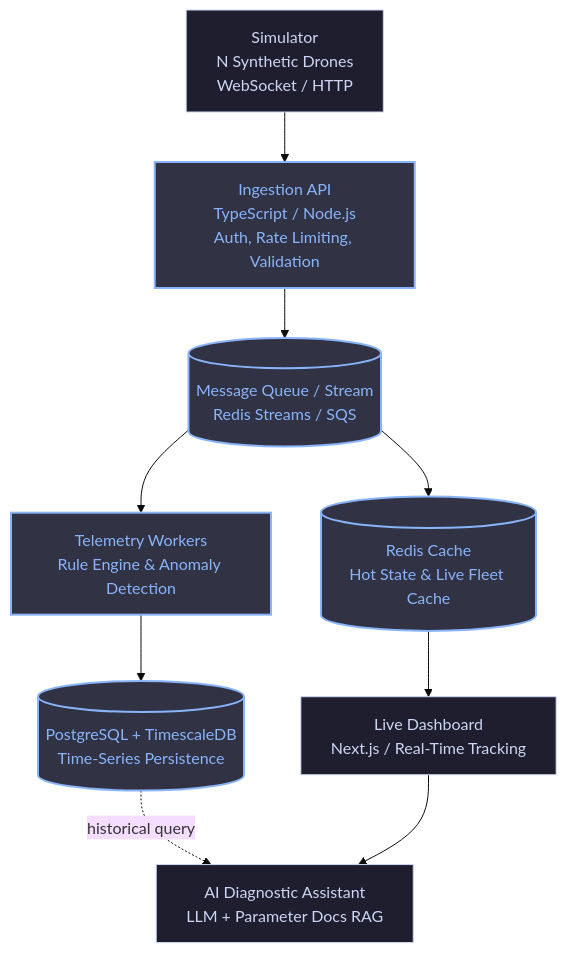
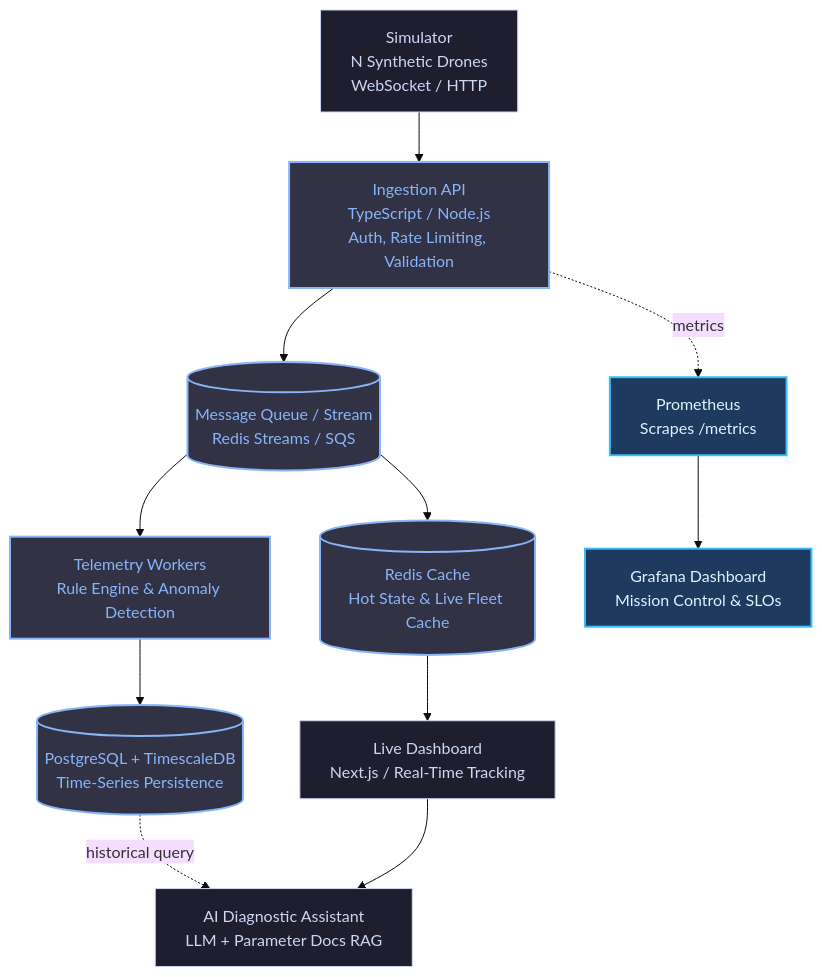
One commit to FelipeDorneles09/AeroStream changed the diagram in README.md. Above: the diagram before and after it, drawn with Mermaid (base theme). The commit also changed other lines of this file and 2 other files, not shown here.

````diff
--- a/README.md
+++ b/README.md
@@ -22,15 +22,19 @@
 ```mermaid
 graph TD
     A[Simulator<br/>N Synthetic Drones<br/>WebSocket / HTTP] --> B[Ingestion API<br/>TypeScript / Node.js<br/>Auth, Rate Limiting, Validation]
     B --> C[(Message Queue / Stream<br/>Redis Streams / SQS)]
     C --> D[Telemetry Workers<br/>Rule Engine & Anomaly Detection]
     C --> E[(Redis Cache<br/>Hot State & Live Fleet Cache)]
     D --> F[(PostgreSQL + TimescaleDB<br/>Time-Series Persistence)]
     E --> G[Live Dashboard<br/>Next.js / Real-Time Tracking]
+    B -. metrics .-> P[Prometheus<br/>Scrapes /metrics]
+    P --> M[Grafana Dashboard<br/>Mission Control & SLOs]
     F -. historical query .-> H[AI Diagnostic Assistant<br/>LLM + Parameter Docs RAG]
     G --> H
 
     classDef default fill:#1e1e2e,stroke:#cdd6f4,stroke-width:1px,color:#cdd6f4;
     classDef highlight fill:#313244,stroke:#89b4fa,stroke-width:2px,color:#89b4fa;
+    classDef obs fill:#1e3a5f,stroke:#38bdf8,stroke-width:2px,color:#e0f2fe;
     class B,C,D,E,F highlight;
+    class P,M obs;
 ```
````
